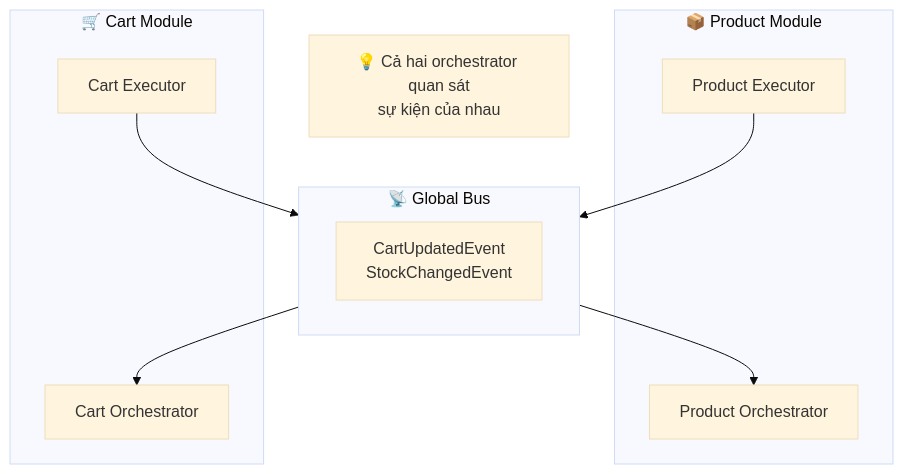
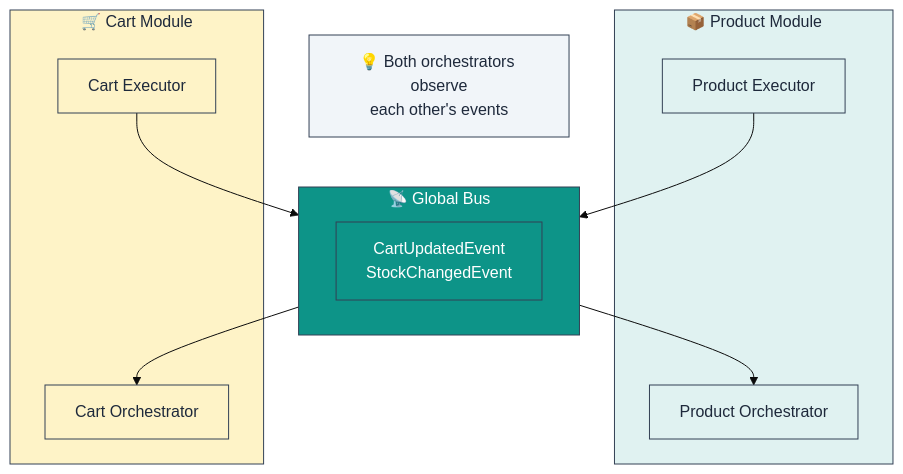
One commit to lploc94/flutter_orchestrator changed the seventh of 12 diagrams in book/chapters/06_case_study.md. Above: the diagram before and after it, drawn with Mermaid (base theme). The commit also changed other lines of this file and 4 other files, not shown here.

````diff
--- a/book/chapters/06_case_study.md
+++ b/book/chapters/06_case_study.md
@@ -197,23 +226,33 @@
 ```mermaid
 graph TB
     subgraph ProductModule["📦 Product Module"]
         ProductOrch["Product Orchestrator"]
         ProductExec["Product Executor"]
     end
     
     subgraph CartModule["🛒 Cart Module"]
         CartOrch["Cart Orchestrator"]
         CartExec["Cart Executor"]
     end
     
     subgraph GlobalBus["📡 Global Bus"]
         Events["CartUpdatedEvent<br/>StockChangedEvent"]
     end
     
     ProductExec --> GlobalBus
     CartExec --> GlobalBus
     GlobalBus --> ProductOrch
     GlobalBus --> CartOrch
     
-    Note["💡 Cả hai orchestrator quan sát<br/>sự kiện của nhau"]
+    Note["💡 Both orchestrators observe<br/>each other's events"]
+    
+    style ProductModule fill:#e0f2f1,stroke:#334155,color:#1e293b
+    style CartModule fill:#fef3c7,stroke:#334155,color:#1e293b
+    style GlobalBus fill:#0d9488,stroke:#334155,color:#ffffff
+    style ProductOrch fill:#e0f2f1,stroke:#334155,color:#1e293b
+    style ProductExec fill:#e0f2f1,stroke:#334155,color:#1e293b
+    style CartOrch fill:#fef3c7,stroke:#334155,color:#1e293b
+    style CartExec fill:#fef3c7,stroke:#334155,color:#1e293b
+    style Events fill:#0d9488,stroke:#334155,color:#ffffff
+    style Note fill:#f1f5f9,stroke:#334155,color:#1e293b
 ```
````
